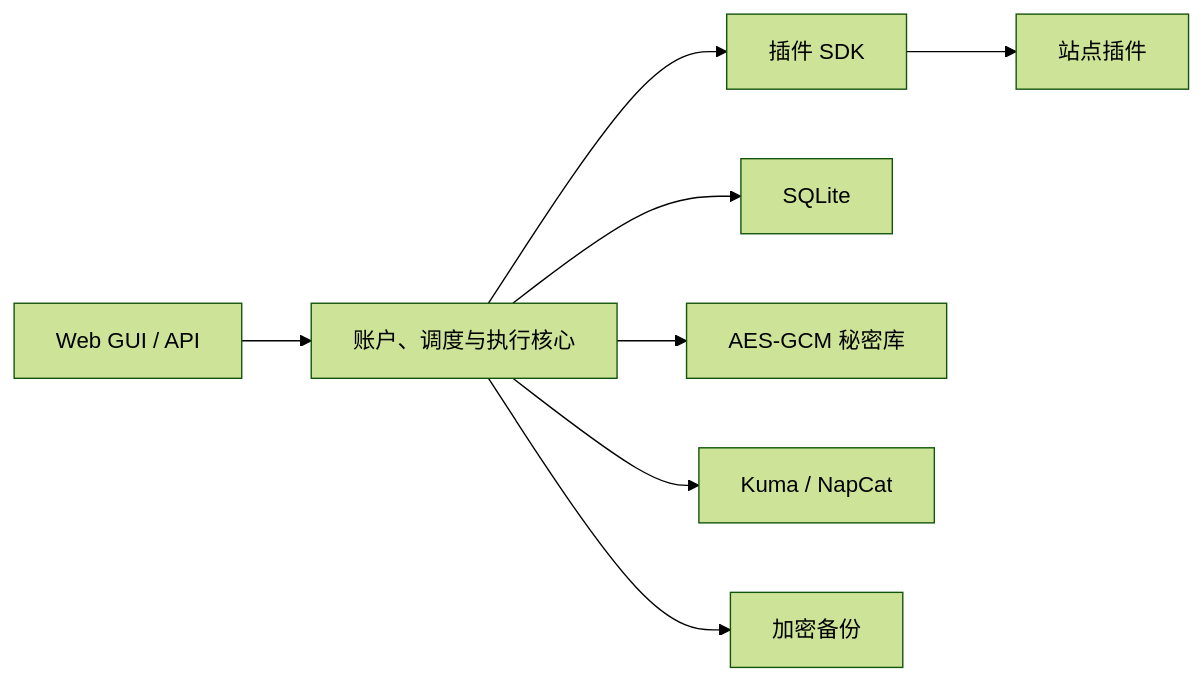
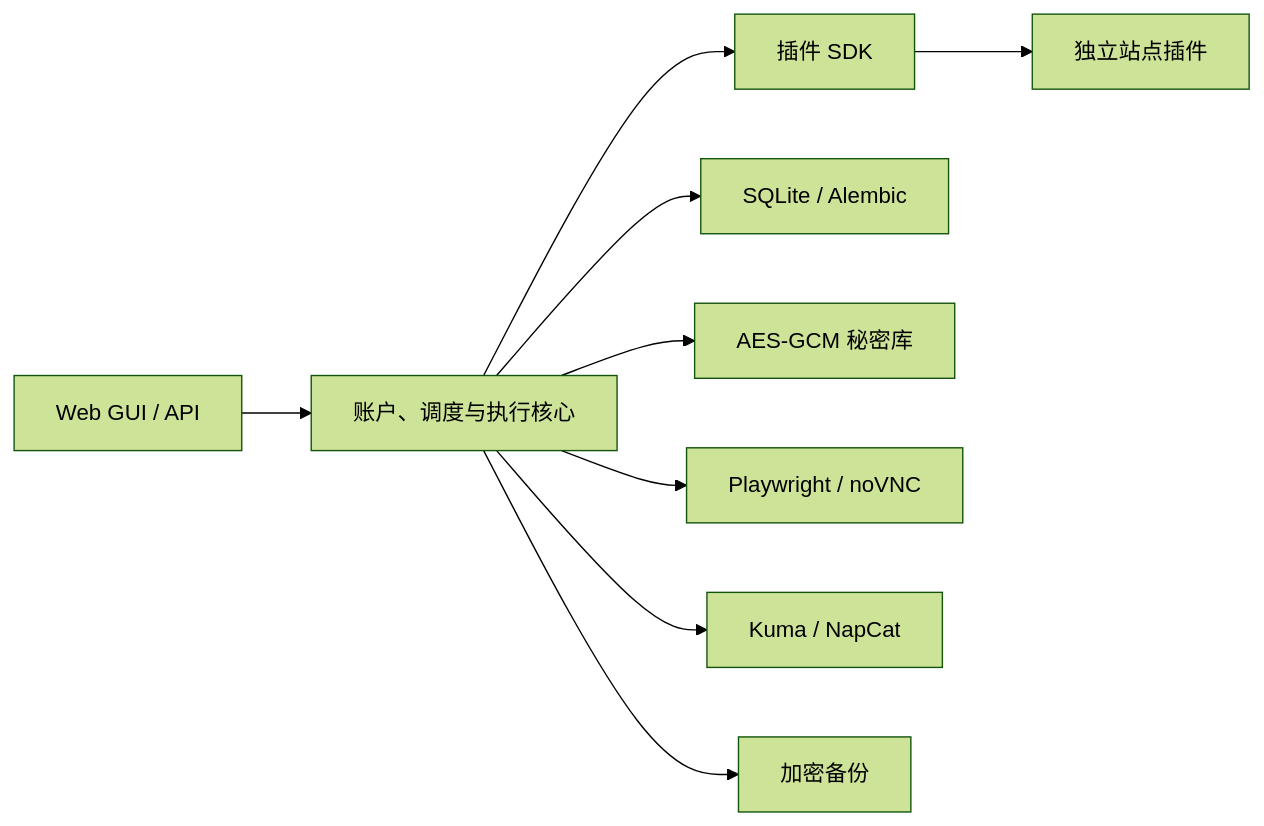
Before and after one commit to Adrenaline036/AutoSign: the diagram in README.md, drawn with Mermaid (forest theme). The commit also changed other lines of this file and 26 other files, not shown here.

````diff
--- a/README.md
+++ b/README.md
@@ -34,10 +49,11 @@
 ```mermaid
 flowchart LR
     UI["Web GUI / API"] --> Core["账户、调度与执行核心"]
     Core --> SDK["插件 SDK"]
-    SDK --> Plugins["站点插件"]
-    Core --> DB["SQLite"]
+    SDK --> Plugins["独立站点插件"]
+    Core --> DB["SQLite / Alembic"]
     Core --> Vault["AES-GCM 秘密库"]
+    Core --> Browser["Playwright / noVNC"]
     Core --> Notify["Kuma / NapCat"]
     Core --> Backup["加密备份"]
 ```
````
